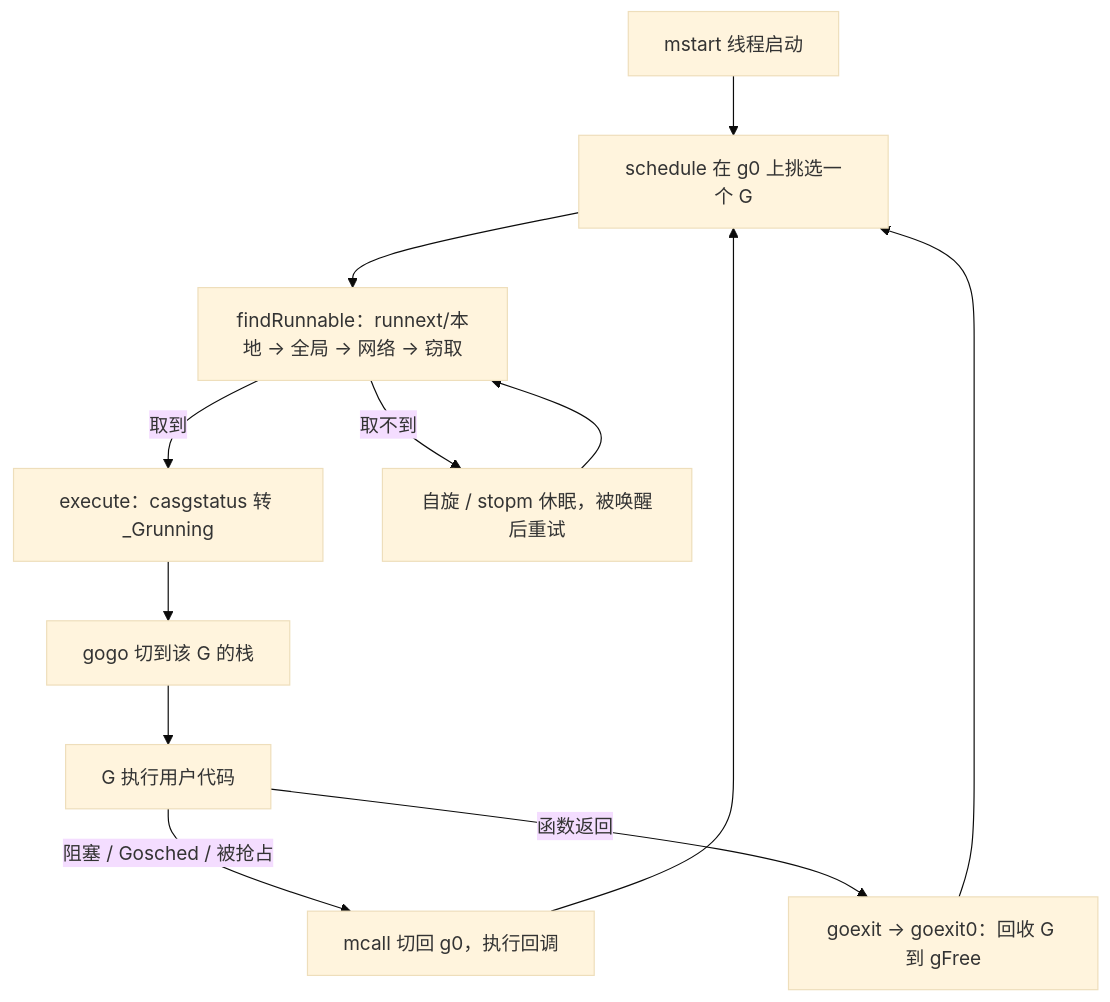
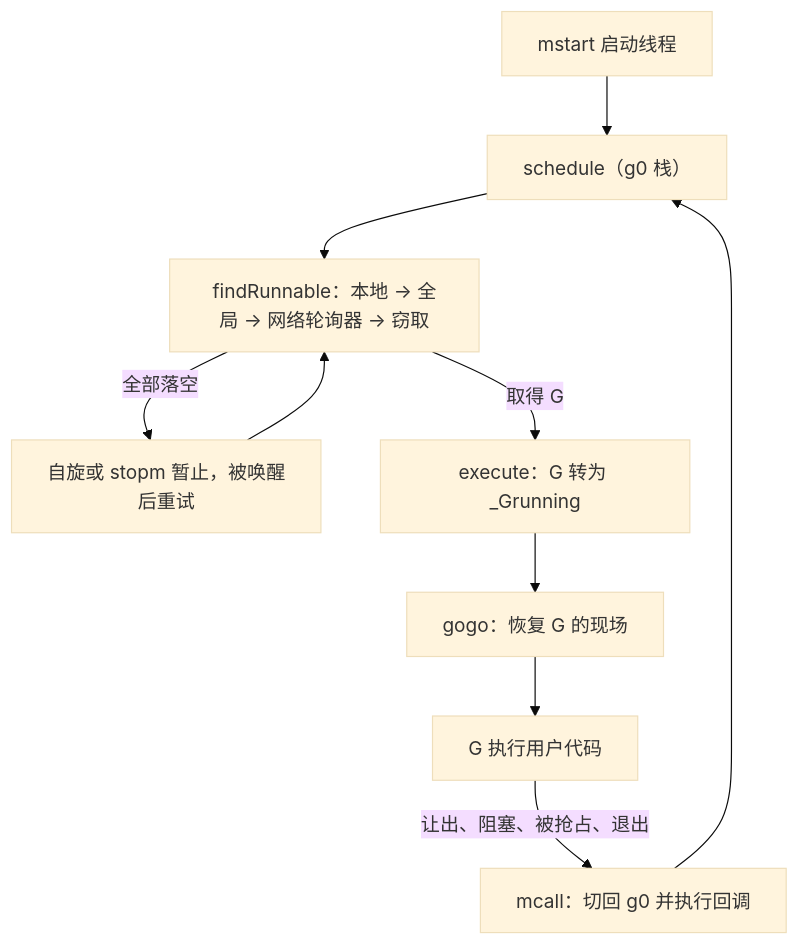
Before and after one commit to golang-design/under-the-hood: the diagram in book/zh-cn/part3concurrency/ch09sched/schedule.md, drawn with Mermaid (base theme). The commit also changed other lines of this file and 11 other files, not shown here.

````diff
--- a/book/zh-cn/part3concurrency/ch09sched/schedule.md
+++ b/book/zh-cn/part3concurrency/ch09sched/schedule.md
@@ -38,14 +57,12 @@
 ```mermaid
 flowchart TD
-    MS[mstart 线程启动] --> SC["schedule 在 g0 上挑选一个 G"]
-    SC --> FR["findRunnable：runnext/本地 → 全局 → 网络 → 窃取"]
-    FR -->|取到| EX["execute：casgstatus 转 _Grunning"]
-    FR -->|取不到| PARK["自旋 / stopm 休眠，被唤醒后重试"]
+    MS[mstart 启动线程] --> SC["schedule（g0 栈）"]
+    SC --> FR["findRunnable：本地 → 全局 → 网络轮询器 → 窃取"]
+    FR -->|全部落空| PARK["自旋或 stopm 暂止，被唤醒后重试"]
     PARK --> FR
-    EX --> GOGO["gogo 切到该 G 的栈"]
+    FR -->|取得 G| EX["execute：G 转为 _Grunning"]
+    EX --> GOGO["gogo：恢复 G 的现场"]
     GOGO --> RUN["G 执行用户代码"]
-    RUN -->|阻塞 / Gosched / 被抢占| MC["mcall 切回 g0，执行回调"]
+    RUN -->|"让出、阻塞、被抢占、退出"| MC["mcall：切回 g0 并执行回调"]
     MC --> SC
-    RUN -->|函数返回| GE["goexit → goexit0：回收 G 到 gFree"]
-    GE --> SC
 ```
````
